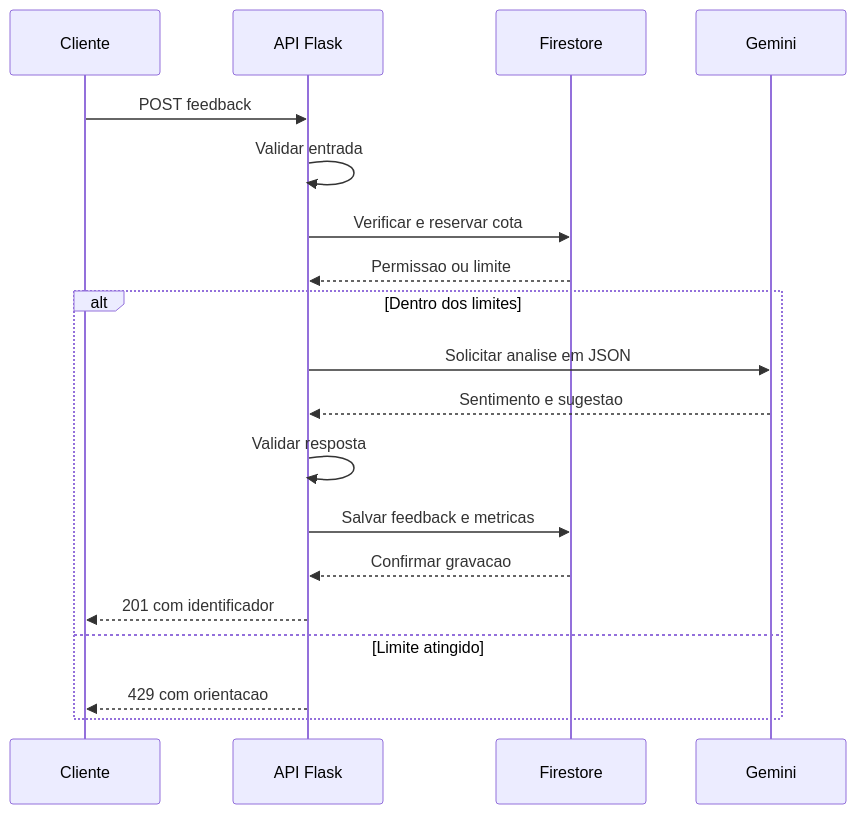
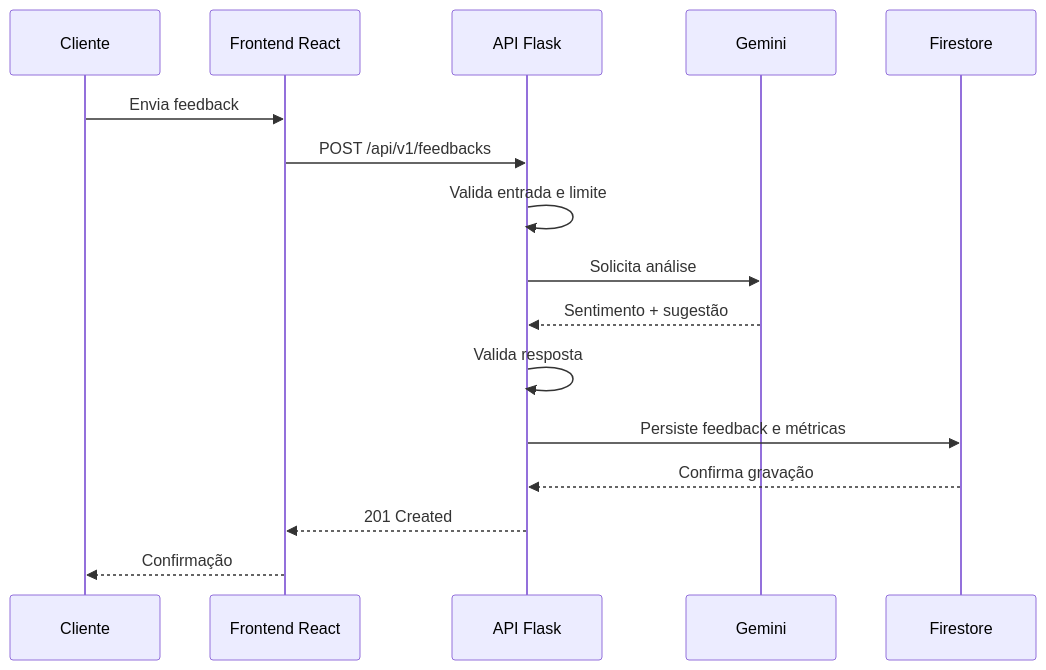
Before and after one commit to Rijkaard10/VozDoCliente-IA: the third of 3 diagrams in README.md, drawn with Mermaid. The commit also changed other lines of this file, not shown here.

````diff
--- a/README.md
+++ b/README.md
@@ -303,21 +440,19 @@
 ```mermaid
 sequenceDiagram
     participant C as Cliente
+    participant F as Frontend React
     participant A as API Flask
+    participant G as Gemini
     participant D as Firestore
-    participant G as Gemini
-    C->>A: POST feedback
-    A->>A: Validar entrada
-    A->>D: Verificar e reservar cota
-    D-->>A: Permissao ou limite
-    alt Dentro dos limites
-        A->>G: Solicitar analise em JSON
-        G-->>A: Sentimento e sugestao
-        A->>A: Validar resposta
-        A->>D: Salvar feedback e metricas
-        D-->>A: Confirmar gravacao
-        A-->>C: 201 com identificador
-    else Limite atingido
-        A-->>C: 429 com orientacao
-    end
+
+    C->>F: Envia feedback
+    F->>A: POST /api/v1/feedbacks
+    A->>A: Valida entrada e limite
+    A->>G: Solicita análise
+    G-->>A: Sentimento + sugestão
+    A->>A: Valida resposta
+    A->>D: Persiste feedback e métricas
+    D-->>A: Confirma gravação
+    A-->>F: 201 Created
+    F-->>C: Confirmação
 ```
````
